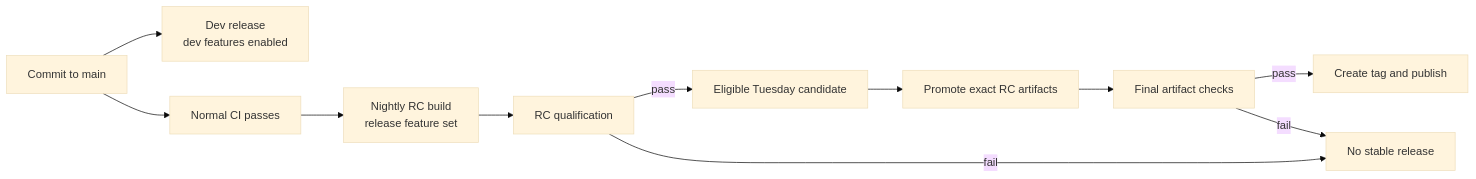
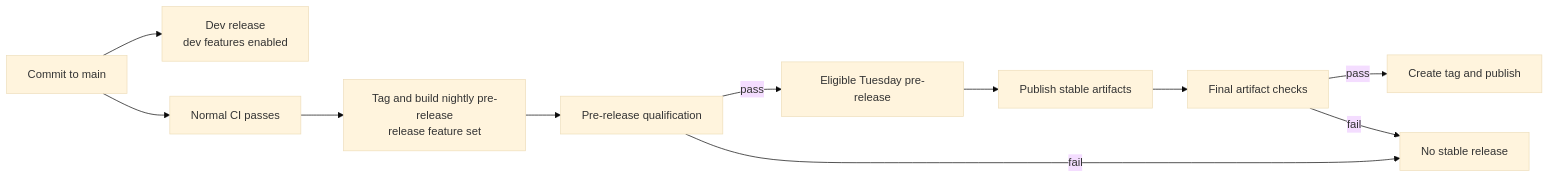
One commit to NVIDIA/OpenShell changed the diagram in rfc/0014-release-stability/README.md. Above: the diagram before and after it, drawn with Mermaid (base theme). The commit also changed other lines of this file and 3 other files, not shown here.

Commit message:
docs(rfc): define pre-release train semantics

````diff
--- a/rfc/0014-release-stability/README.md
+++ b/rfc/0014-release-stability/README.md
@@ -148,13 +152,13 @@
 ```mermaid
 flowchart LR
     A["Commit to main"] --> B["Dev release<br/>dev features enabled"]
     A --> C["Normal CI passes"]
-    C --> D["Nightly RC build<br/>release feature set"]
-    D --> E["RC qualification"]
-    E -->|"pass"| F["Eligible Tuesday candidate"]
+    C --> D["Tag and build nightly pre-release<br/>release feature set"]
+    D --> E["Pre-release qualification"]
+    E -->|"pass"| F["Eligible Tuesday pre-release"]
     E -->|"fail"| G["No stable release"]
-    F --> H["Promote exact RC artifacts"]
+    F --> H["Publish stable artifacts"]
     H --> I["Final artifact checks"]
     I -->|"pass"| J["Create tag and publish"]
     I -->|"fail"| G
 ```
````
